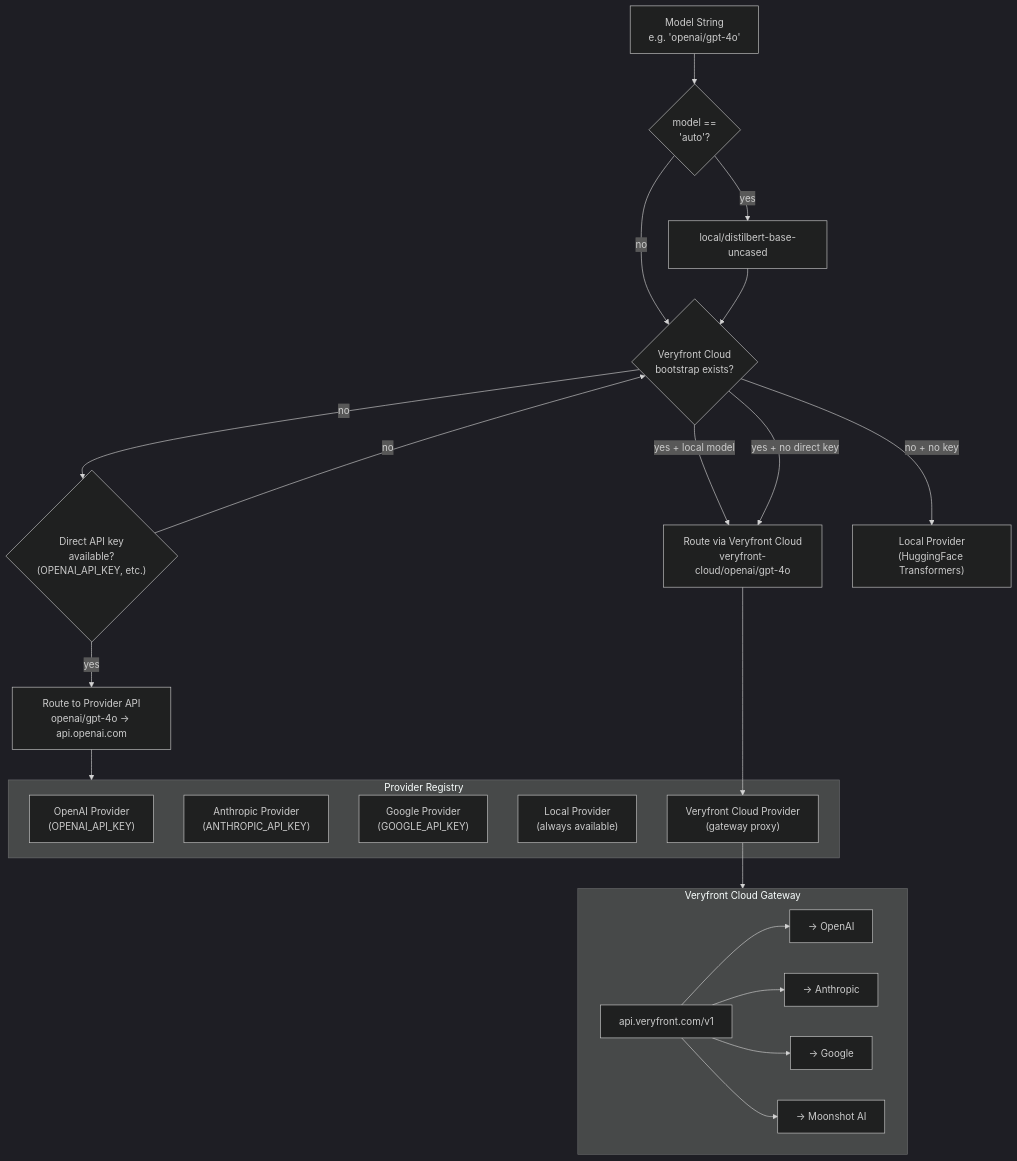
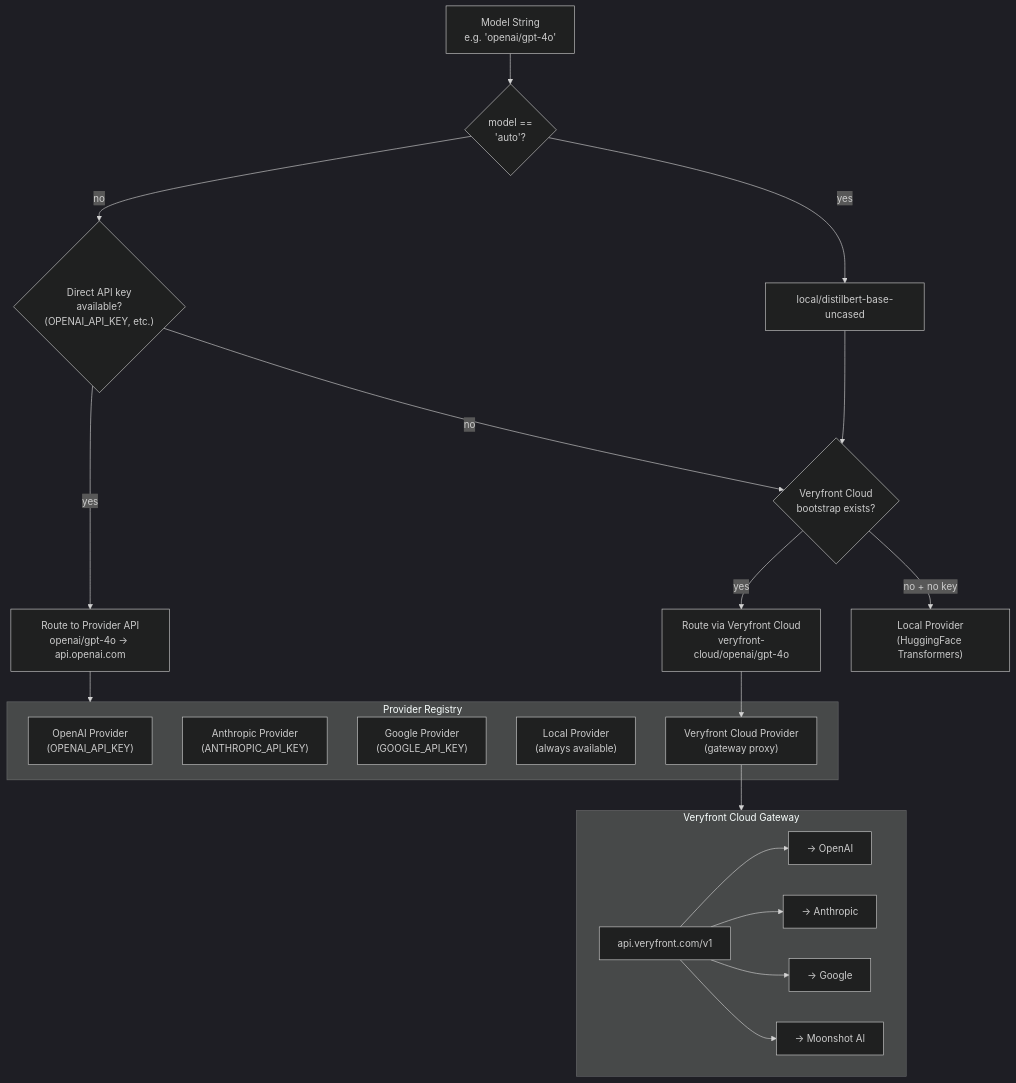
The second of 6 diagrams in docs/architecture/03-ai-agent-system.md (veryfront/veryfront-code), drawn with Mermaid (dark theme) before and after one commit. The commit also changed 2 other files, not shown here.

Commit message:
docs: fix architecture diagram review feedback
- Move capabilities table out of Mermaid into proper markdown table
- Add footnotes for Deno TypeScript and file watching nuances
- Note that MCP/agent endpoint paths are configurable
- Fix provider resolution flowchart to remove circular edge

````diff
--- a/docs/architecture/03-ai-agent-system.md
+++ b/docs/architecture/03-ai-agent-system.md
@@ -67,49 +67,47 @@
 ```mermaid
 flowchart TD
     ModelString["Model String<br/>e.g. 'openai/gpt-4o'"]
     AutoCheck{"model ==<br/>'auto'?"}
     LocalModel["local/distilbert-base-uncased"]
 
     CloudCheck{"Veryfront Cloud<br/>bootstrap exists?"}
     DirectKey{"Direct API key<br/>available?<br/>(OPENAI_API_KEY, etc.)"}
 
     CloudProxy["Route via Veryfront Cloud<br/>veryfront-cloud/openai/gpt-4o"]
     DirectAPI["Route to Provider API<br/>openai/gpt-4o → api.openai.com"]
     LocalFallback["Local Provider<br/>(HuggingFace Transformers)"]
 
     subgraph Registry["Provider Registry"]
         OpenAI["OpenAI Provider<br/>(OPENAI_API_KEY)"]
         Anthropic["Anthropic Provider<br/>(ANTHROPIC_API_KEY)"]
         Google["Google Provider<br/>(GOOGLE_API_KEY)"]
         Local["Local Provider<br/>(always available)"]
         VfCloud["Veryfront Cloud Provider<br/>(gateway proxy)"]
     end
 
     subgraph CloudGateway["Veryfront Cloud Gateway"]
         Gateway["api.veryfront.com/v1"]
         UpstreamOpenAI["→ OpenAI"]
         UpstreamAnthropic["→ Anthropic"]
         UpstreamGoogle["→ Google"]
         UpstreamMoonshot["→ Moonshot AI"]
     end
 
     ModelString --> AutoCheck
     AutoCheck -->|yes| LocalModel
-    AutoCheck -->|no| CloudCheck
+    AutoCheck -->|no| DirectKey
     LocalModel --> CloudCheck
 
-    CloudCheck -->|"yes + local model"| CloudProxy
-    CloudCheck -->|no| DirectKey
     DirectKey -->|yes| DirectAPI
     DirectKey -->|no| CloudCheck
-    CloudCheck -->|"yes + no direct key"| CloudProxy
+    CloudCheck -->|yes| CloudProxy
     CloudCheck -->|"no + no key"| LocalFallback
 
     DirectAPI --> Registry
     CloudProxy --> VfCloud
     VfCloud --> CloudGateway
     Gateway --> UpstreamOpenAI
     Gateway --> UpstreamAnthropic
     Gateway --> UpstreamGoogle
     Gateway --> UpstreamMoonshot
 ```
````
